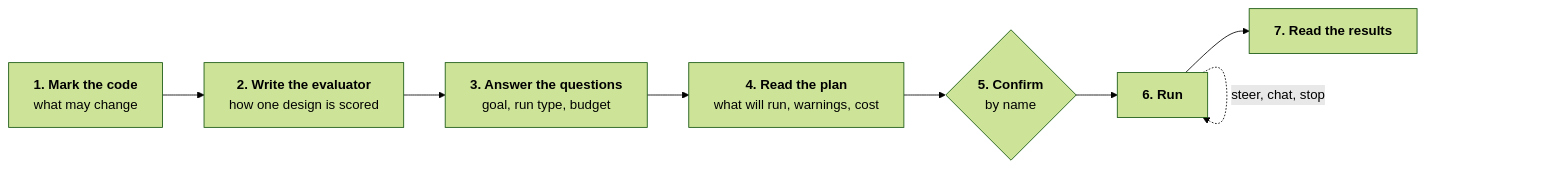
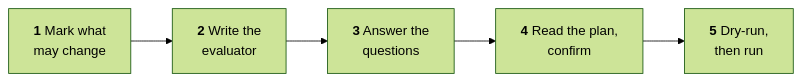
The diagram in docs/setting-up.md (cameo-db/evoloop), drawn with Mermaid (forest theme) before and after one commit. The commit also changed other lines of this file and 62 other files, not shown here.

````diff
--- a/docs/setting-up.md
+++ b/docs/setting-up.md
@@ -3,10 +6,7 @@
 ```mermaid
 flowchart LR
-    A["<b>1. Mark the code</b><br>what may change"] --> B["<b>2. Write the evaluator</b><br>how one design is scored"]
-    B --> C["<b>3. Answer the questions</b><br>goal, run type, budget"]
-    C --> D["<b>4. Read the plan</b><br>what will run, warnings, cost"]
-    D --> E{"<b>5. Confirm</b><br>by name"}
-    E --> F["<b>6. Run</b>"]
-    F --> G["<b>7. Read the results</b>"]
-    F -. "steer, chat, stop" .-> F
+    A["<b>1</b> Mark what<br>may change"] --> B["<b>2</b> Write the<br>evaluator"]
+    B --> C["<b>3</b> Answer the<br>questions"]
+    C --> D["<b>4</b> Read the plan,<br>confirm"]
+    D --> E["<b>5</b> Dry-run,<br>then run"]
 ```
````
